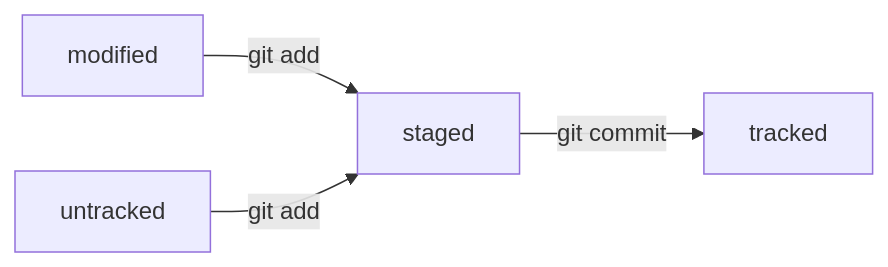
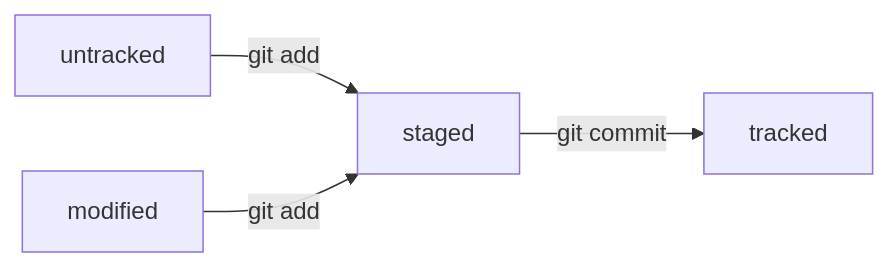
The diagram in readme.md (Halavyryn/shpargalkaGit), drawn with Mermaid before and after one commit.

Commit message:
Изменил блок-схему7

````diff
--- a/readme.md
+++ b/readme.md
@@ -8,5 +8,6 @@
 ```mermaid
 	graph LR;
+	untracked -- "git add" --> staged;
 	modified -- "git add" --> staged -- "git commit" --> tracked;
-	untracked -- "git add" --> staged;
+	
 ```
````
